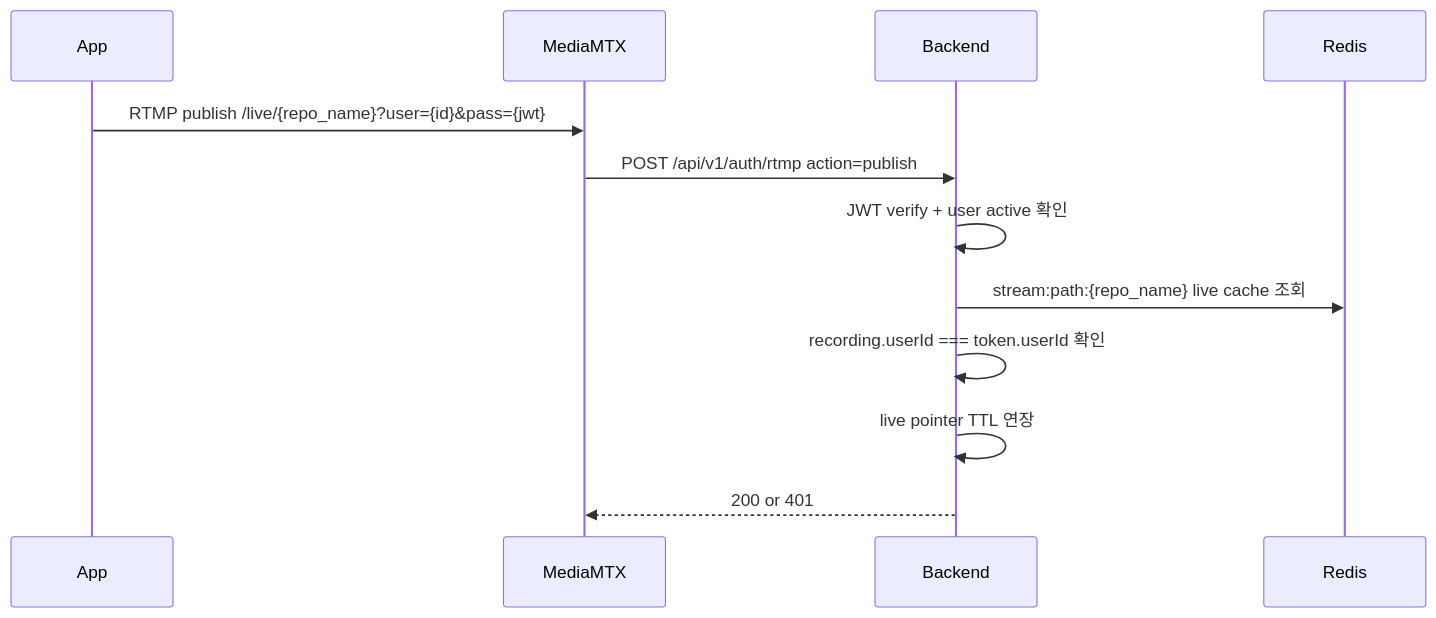
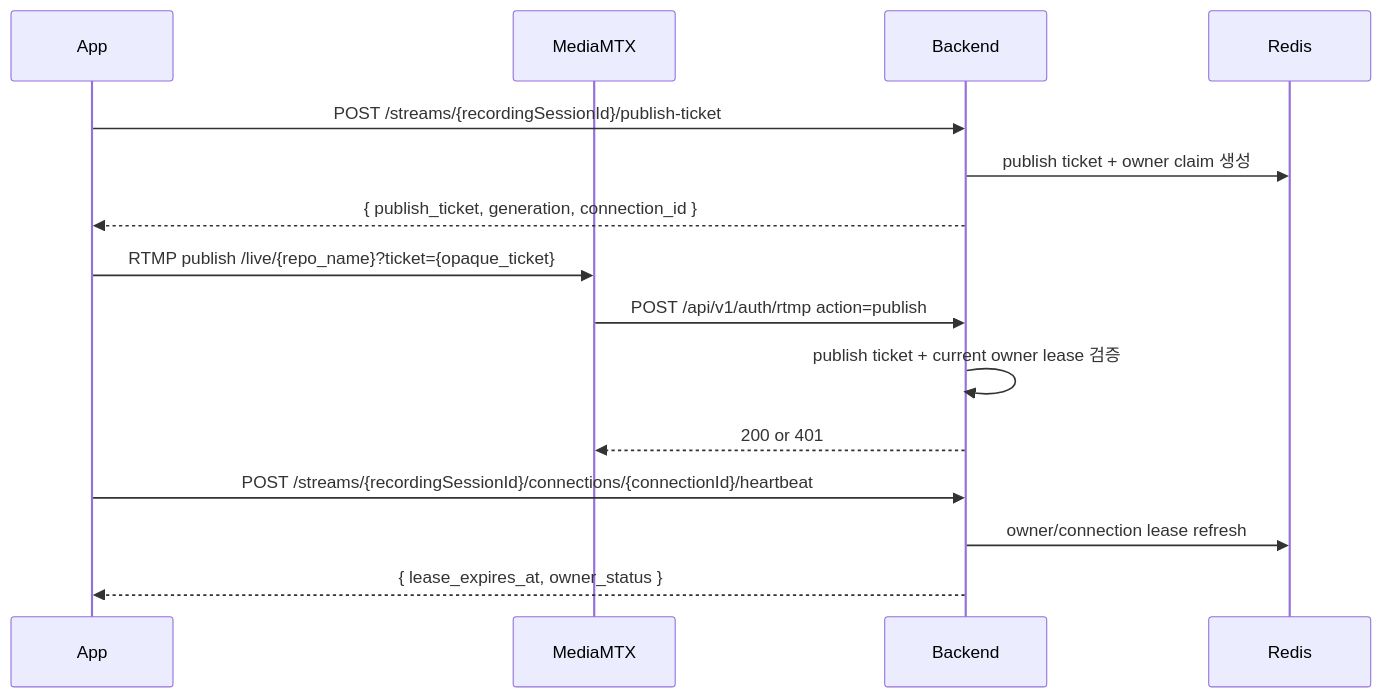
The third of 4 diagrams in docs/08. project_authentication.md (ego-flow/ego-flow-server), drawn with Mermaid before and after one commit. The commit also changed other lines of this file and 30 other files, not shown here.

````diff
--- a/docs/08. project_authentication.md
+++ b/docs/08. project_authentication.md
@@ -133,15 +133,18 @@
 ```mermaid
 sequenceDiagram
     participant App
     participant MTX as MediaMTX
     participant BE as Backend
     participant Redis
 
-    App->>MTX: RTMP publish /live/{repo_name}?user={id}&pass={jwt}
+    App->>BE: POST /streams/{recordingSessionId}/publish-ticket
+    BE->>Redis: publish ticket + owner claim 생성
+    BE-->>App: { publish_ticket, generation, connection_id }
+    App->>MTX: RTMP publish /live/{repo_name}?ticket={opaque_ticket}
     MTX->>BE: POST /api/v1/auth/rtmp action=publish
-    BE->>BE: JWT verify + user active 확인
-    BE->>Redis: stream:path:{repo_name} live cache 조회
-    BE->>BE: recording.userId === token.userId 확인
-    BE->>BE: live pointer TTL 연장
+    BE->>BE: publish ticket + current owner lease 검증
     BE-->>MTX: 200 or 401
+    App->>BE: POST /streams/{recordingSessionId}/connections/{connectionId}/heartbeat
+    BE->>Redis: owner/connection lease refresh
+    BE-->>App: { lease_expires_at, owner_status }
 ```
````
